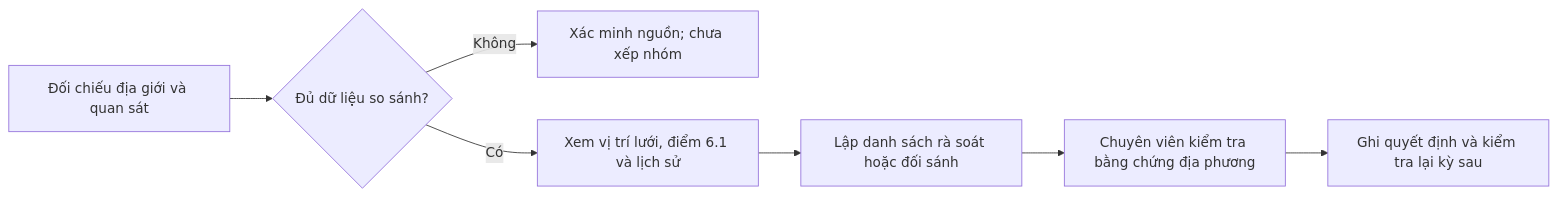
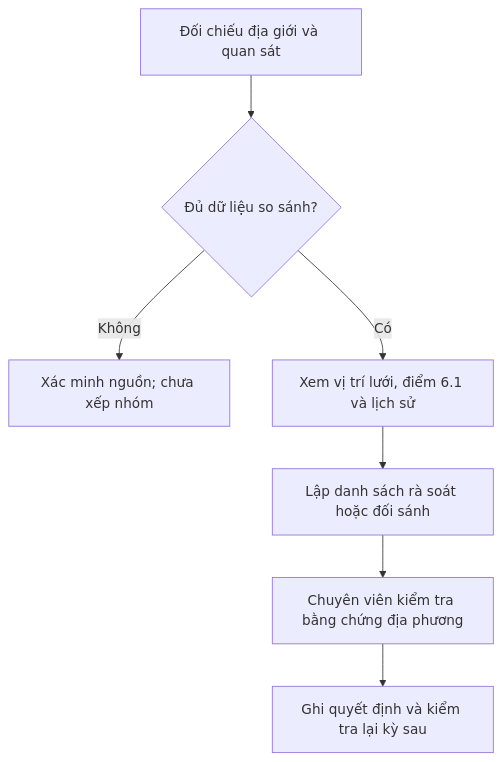
One commit to JasonTM17/Grid_Based_Sociology changed the diagram in reports/ung-dung-va-phat-trien-sting-papi.md. Above: the diagram before and after it, drawn with Mermaid. The commit also changed 86 other files, not shown here.

````diff
--- a/reports/ung-dung-va-phat-trien-sting-papi.md
+++ b/reports/ung-dung-va-phat-trien-sting-papi.md
@@ -21,9 +21,9 @@
 ```mermaid
-flowchart LR
+flowchart TD
     A["Đối chiếu địa giới và quan sát"] --> B{"Đủ dữ liệu so sánh?"}
     B -->|Không| C["Xác minh nguồn; chưa xếp nhóm"]
     B -->|Có| D["Xem vị trí lưới, điểm 6.1 và lịch sử"]
     D --> E["Lập danh sách rà soát hoặc đối sánh"]
     E --> F["Chuyên viên kiểm tra bằng chứng địa phương"]
     F --> G["Ghi quyết định và kiểm tra lại kỳ sau"]
 ```
````
